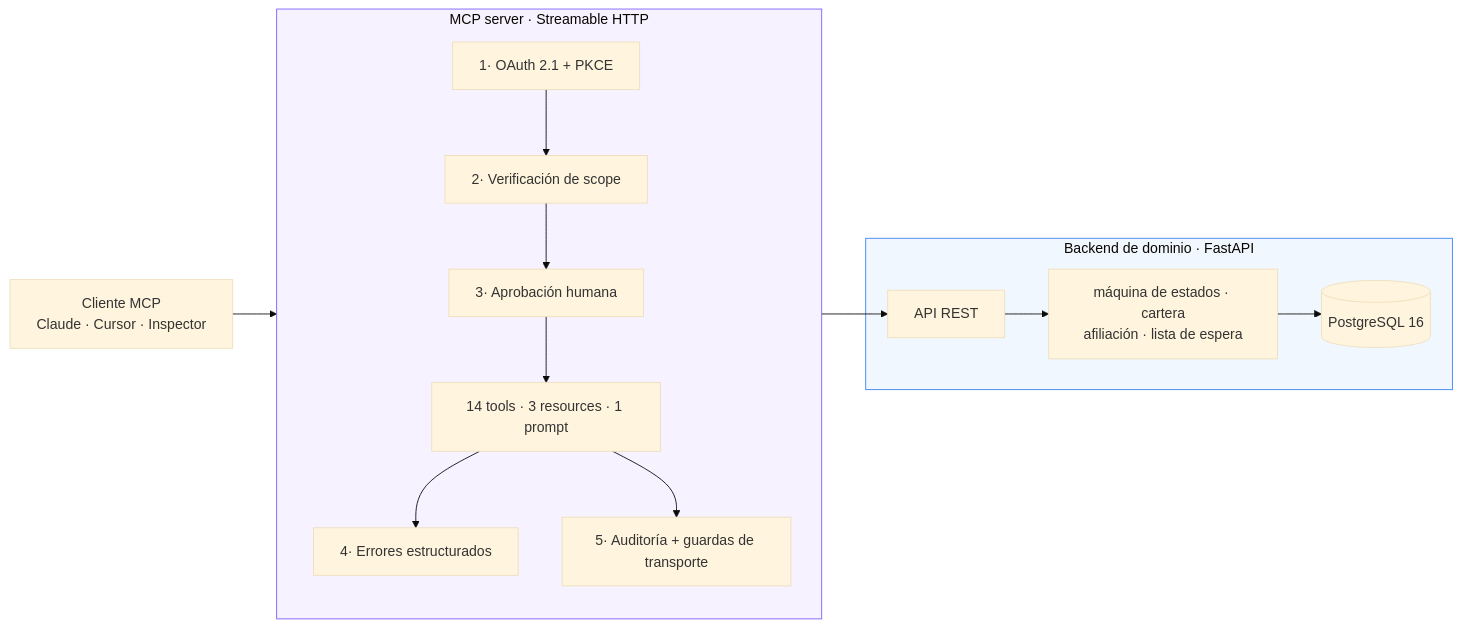
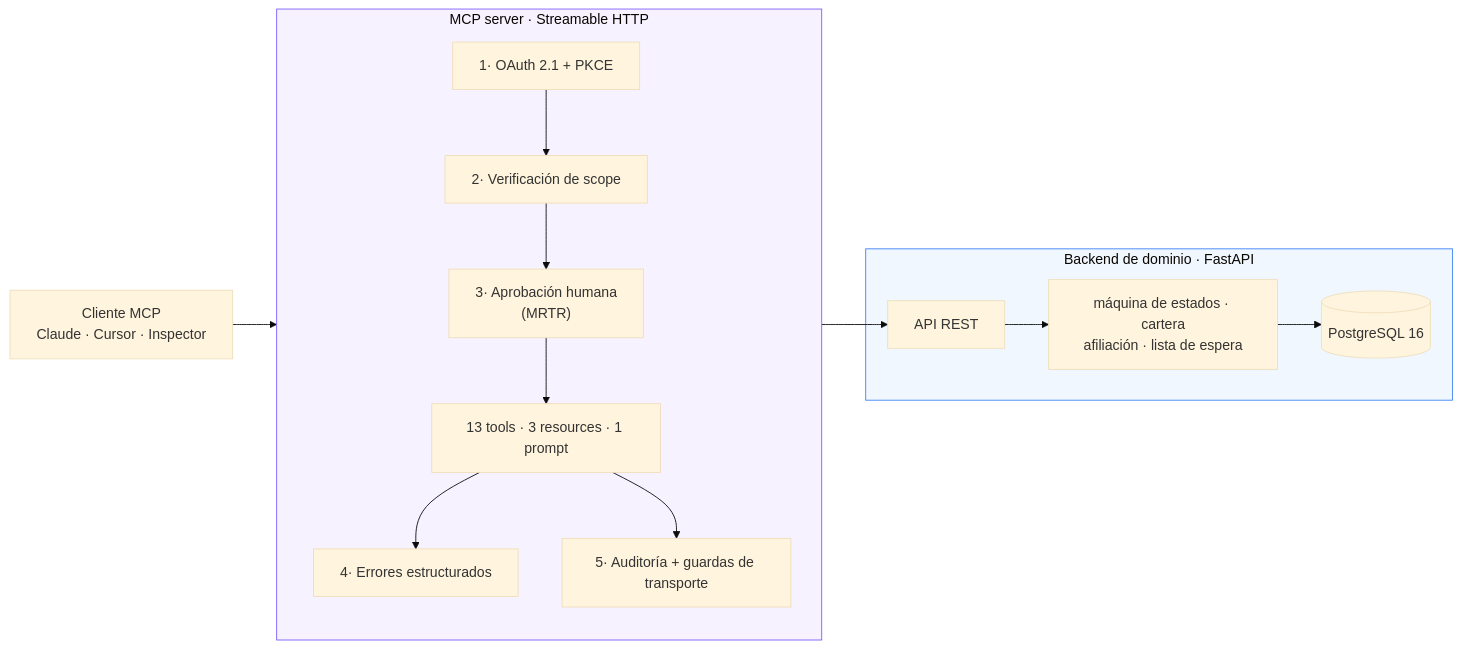
The diagram in README.es.md (dylanbc1/dental-clinic-mcp-server), drawn with Mermaid (base theme) before and after one commit. The commit also changed other lines of this file and 33 other files, not shown here.

````diff
--- a/README.es.md
+++ b/README.es.md
@@ -61,17 +62,17 @@
 ```mermaid
 flowchart LR
     C["Cliente MCP<br/>Claude · Cursor · Inspector"]
     subgraph mcp["MCP server · Streamable HTTP"]
       direction TB
-      A1["1· OAuth 2.1 + PKCE"] --> A2["2· Verificación de scope"] --> A3["3· Aprobación humana"] --> T["14 tools · 3 resources · 1 prompt"]
+      A1["1· OAuth 2.1 + PKCE"] --> A2["2· Verificación de scope"] --> A3["3· Aprobación humana<br/>(MRTR)"] --> T["13 tools · 3 resources · 1 prompt"]
       T --> A4["4· Errores estructurados"]
       T --> A5["5· Auditoría + guardas de transporte"]
     end
     subgraph be["Backend de dominio · FastAPI"]
       API["API REST"] --> DOM["máquina de estados · cartera<br/>afiliación · lista de espera"] --> DB[("PostgreSQL 16")]
     end
     C --> A1
     T --> API
     style mcp fill:#f6f2ff,stroke:#7c5cff
     style be fill:#f0f7ff,stroke:#3b82f6
 ```
````
